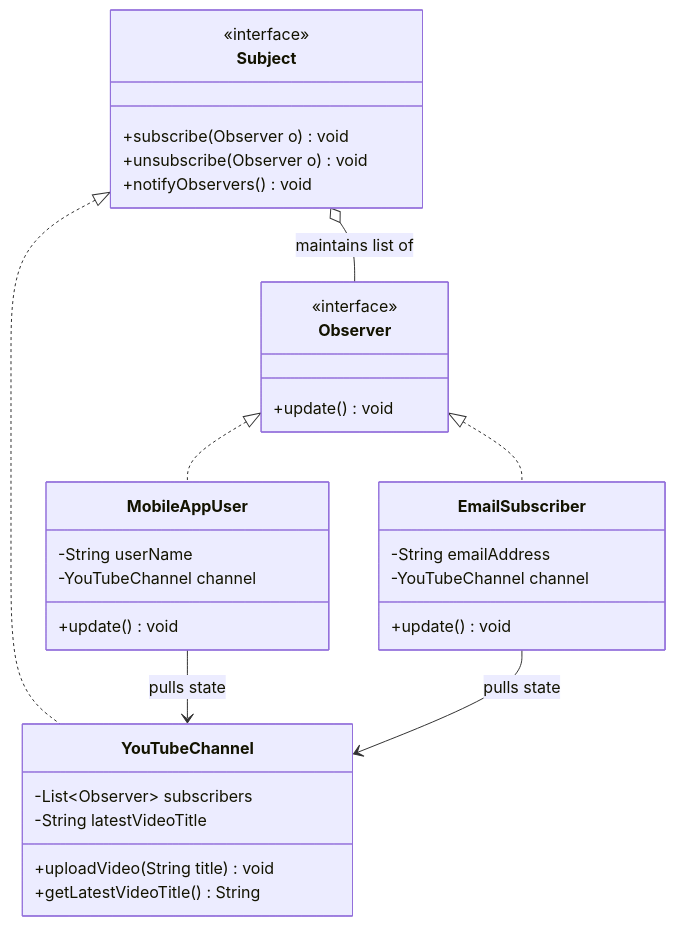
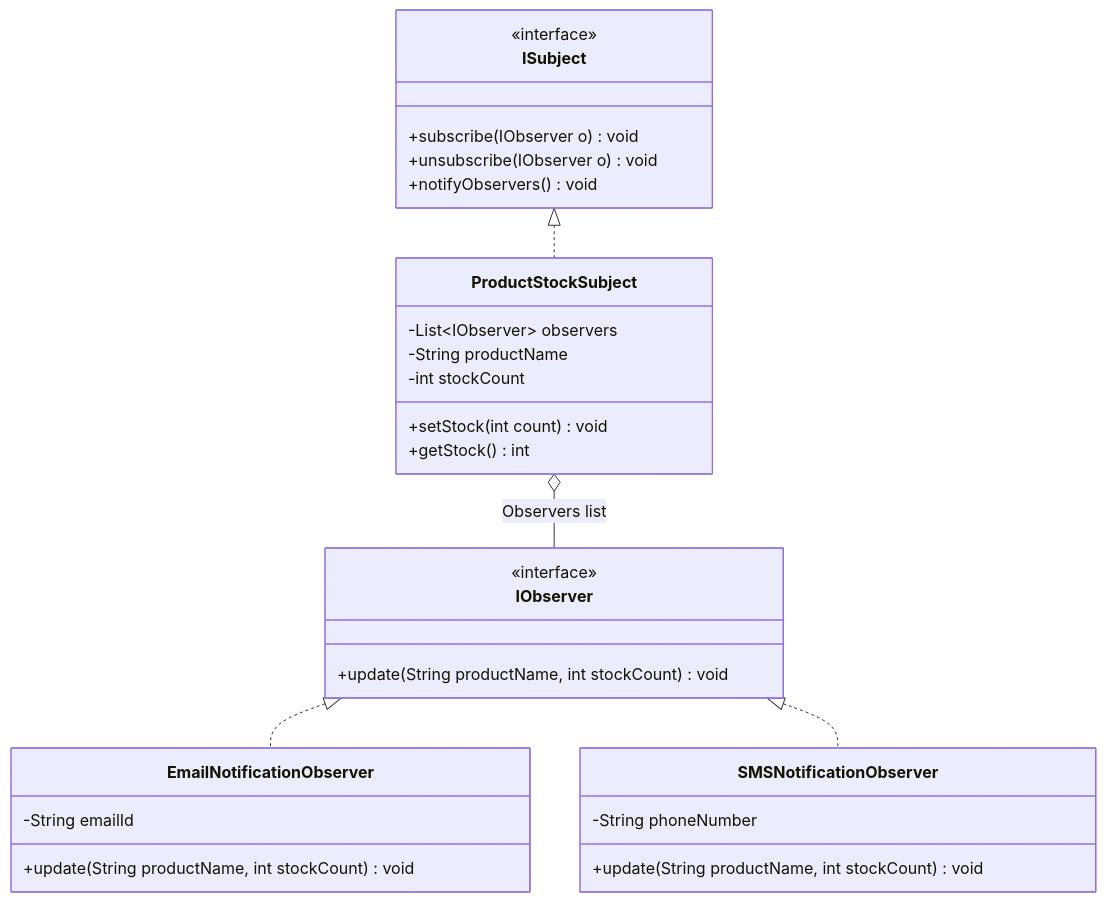
One commit to rohithgowda18/Notes changed the second of 2 diagrams in 04-OOPs-and-Design-Patterns/03-Design-Patterns/12-Observer-Design-Pattern.md. Above: the diagram before and after it, drawn with Mermaid. The commit also changed other lines of this file and 17 other files, not shown here.

Commit message:
docs(lld): enrich notes with deep architectural analysis, diagrams, anti-patterns & code

````diff
--- a/04-OOPs-and-Design-Patterns/03-Design-Patterns/12-Observer-Design-Pattern.md
+++ b/04-OOPs-and-Design-Patterns/03-Design-Patterns/12-Observer-Design-Pattern.md
@@ -38,40 +34,37 @@
 ```mermaid
 classDiagram
-    class Subject {
+    class ISubject {
         <<interface>>
-        +subscribe(Observer o) void
-        +unsubscribe(Observer o) void
+        +subscribe(IObserver o) void
+        +unsubscribe(IObserver o) void
         +notifyObservers() void
     }
 
-    class Observer {
+    class IObserver {
         <<interface>>
-        +update() void
+        +update(String productName, int stockCount) void
     }
 
-    class YouTubeChannel {
-        -List~Observer~ subscribers
-        -String latestVideoTitle
-        +uploadVideo(String title) void
-        +getLatestVideoTitle() String
+    class ProductStockSubject {
+        -List~IObserver~ observers
+        -String productName
+        -int stockCount
+        +setStock(int count) void
+        +getStock() int
     }
 
-    class MobileAppUser {
-        -String userName
-        -YouTubeChannel channel
-        +update() void
+    class EmailNotificationObserver {
+        -String emailId
+        +update(String productName, int stockCount) void
     }
 
-    class EmailSubscriber {
-        -String emailAddress
-        -YouTubeChannel channel
-        +update() void
+    class SMSNotificationObserver {
+        -String phoneNumber
+        +update(String productName, int stockCount) void
     }
 
-    Subject <|.. YouTubeChannel
-    Observer <|.. MobileAppUser
-    Observer <|.. EmailSubscriber
-    Subject o-- Observer : maintains list of
-    MobileAppUser --> YouTubeChannel : pulls state
-    EmailSubscriber --> YouTubeChannel : pulls state
+    ISubject <|.. ProductStockSubject
+    IObserver <|.. EmailNotificationObserver
+    IObserver <|.. SMSNotificationObserver
+    ProductStockSubject o-- IObserver : Observers list
 ```
````
